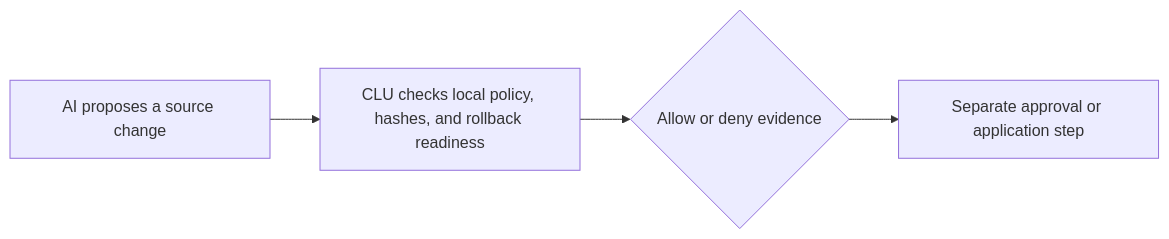
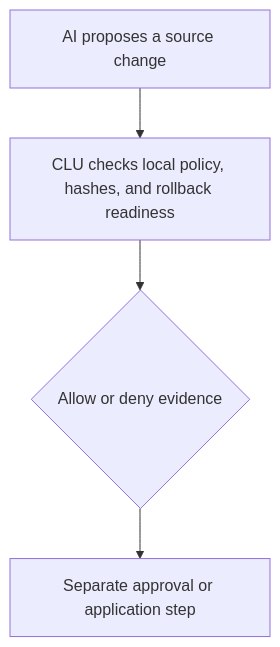
The diagram in README.md (ArjiaTechnologies/clu-governance), drawn with Mermaid before and after one commit. The commit also changed 1 other file, not shown here.

Commit message:
docs: make workflow diagram narrow-screen friendly

````diff
--- a/README.md
+++ b/README.md
@@ -15,6 +15,6 @@
 ```mermaid
-flowchart LR
+flowchart TD
     A["AI proposes a source change"] --> B["CLU checks local policy, hashes, and rollback readiness"]
     B --> C{"Allow or deny evidence"}
     C --> D["Separate approval or application step"]
 ```
````
